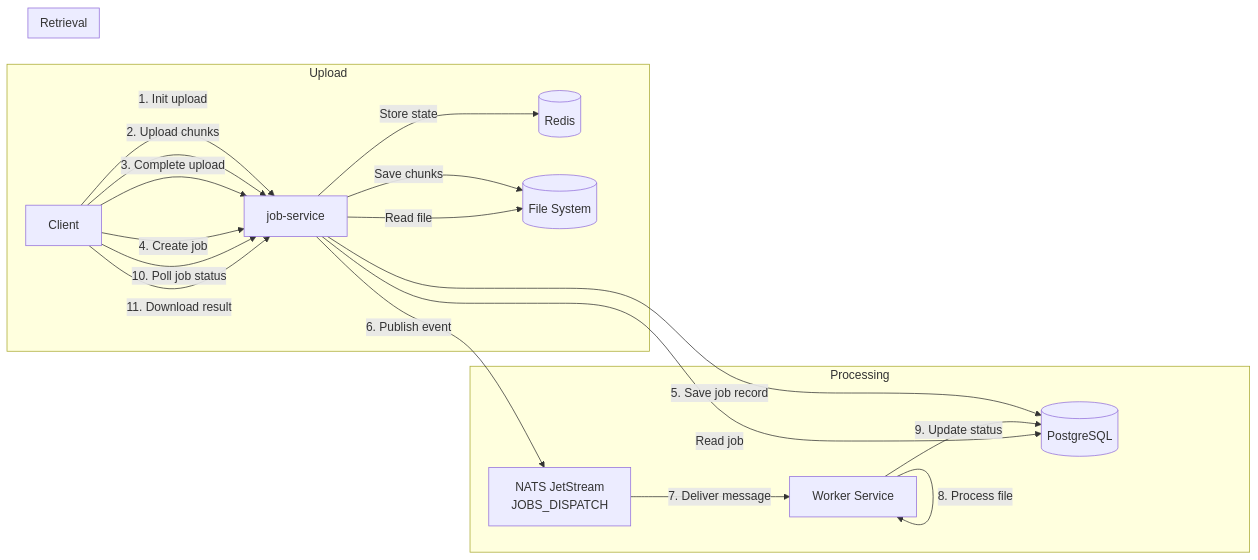
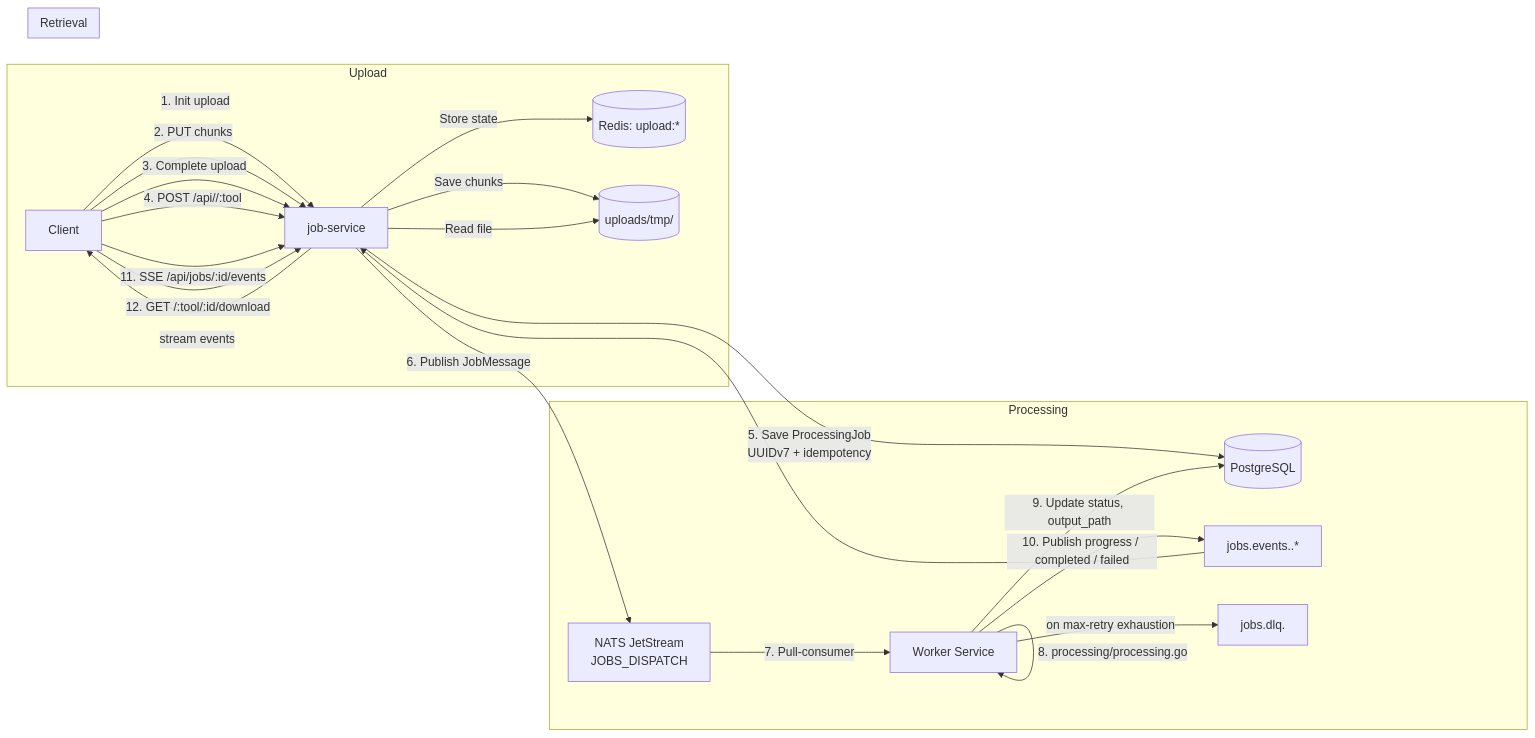
One commit to Prachidubey2003/fyredocs_backend changed the second of 5 diagrams in docs/developer/mermaid/system-overview.md. Above: the diagram before and after it, drawn with Mermaid. The commit also changed other lines of this file and 39 other files, not shown here.

Commit message:
Refactor PDF services to use NATS JetStream for job dispatch and event publishing; enhance documentation for OPTIMIZE_PDF and ORGANIZE_PDF services; remove deprecated UPLOAD_SERVICE documentation; update OpenAPI spec for improved clarity and accuracy.

````diff
--- a/docs/developer/mermaid/system-overview.md
+++ b/docs/developer/mermaid/system-overview.md
@@ -81,26 +92,29 @@
 ```mermaid
 flowchart LR
     subgraph Upload
         A[Client] -->|1. Init upload| B[job-service]
-        A -->|2. Upload chunks| B
+        A -->|2. PUT chunks| B
         A -->|3. Complete upload| B
-        B -->|Store state| Redis[(Redis)]
-        B -->|Save chunks| Disk[(File System)]
+        B -->|Store state| Redis[(Redis: upload:*)]
+        B -->|Save chunks| Disk[(uploads/tmp/<uploadId>)]
     end
 
     subgraph Processing
-        A -->|4. Create job| B
-        B -->|5. Save job record| PG[(PostgreSQL)]
-        B -->|6. Publish event| NATS["NATS JetStream<br/>JOBS_DISPATCH"]
-        NATS -->|7. Deliver message| W["Worker Service"]
-        W -->|8. Process file| W
-        W -->|9. Update status| PG
+        A -->|4. POST /api/<group>/:tool| B
+        B -->|5. Save ProcessingJob<br/>UUIDv7 + idempotency| PG[(PostgreSQL)]
+        B -->|6. Publish JobMessage| NATS["NATS JetStream<br/>JOBS_DISPATCH"]
+        NATS -->|7. Pull-consumer| W["Worker Service"]
+        W -->|8. processing/processing.go| W
+        W -->|9. Update status, output_path| PG
+        W -->|10. Publish progress / completed / failed| EV["jobs.events.<jobId>.*"]
+        W -->|on max-retry exhaustion| DLQ["jobs.dlq.<service>"]
     end
 
     subgraph Retrieval
-        A -->|10. Poll job status| B
-        B -->|Read job| PG
-        A -->|11. Download result| B
+        A -->|11. SSE /api/jobs/:id/events| B
+        EV --> B
+        B -->|stream events| A
+        A -->|12. GET /:tool/:id/download| B
         B -->|Read file| Disk
     end
 ```
````
